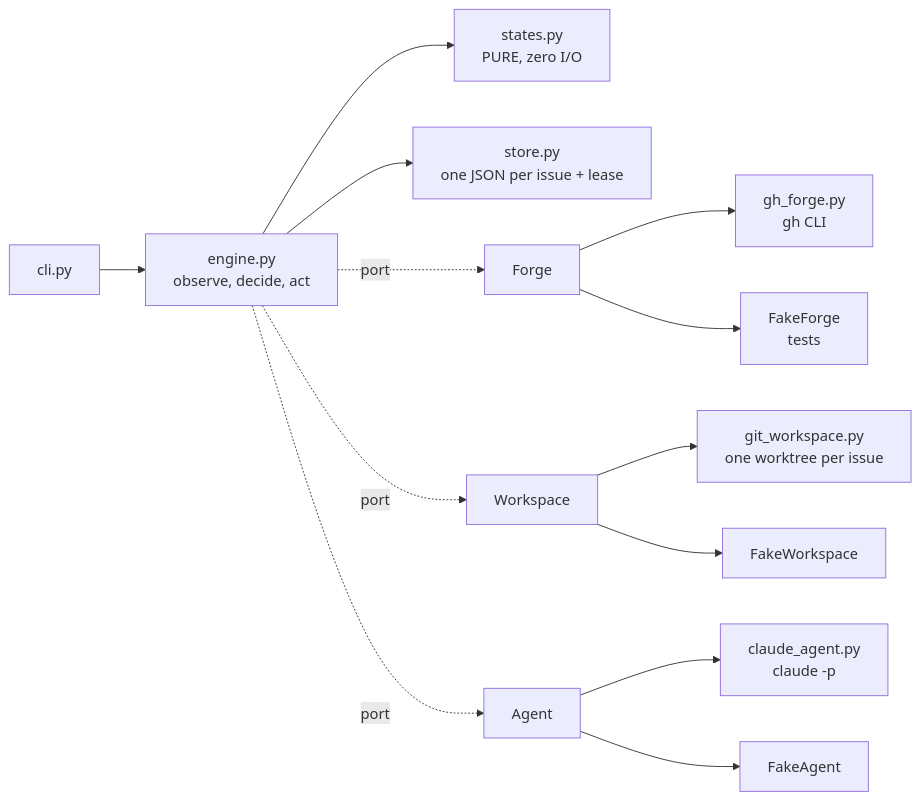
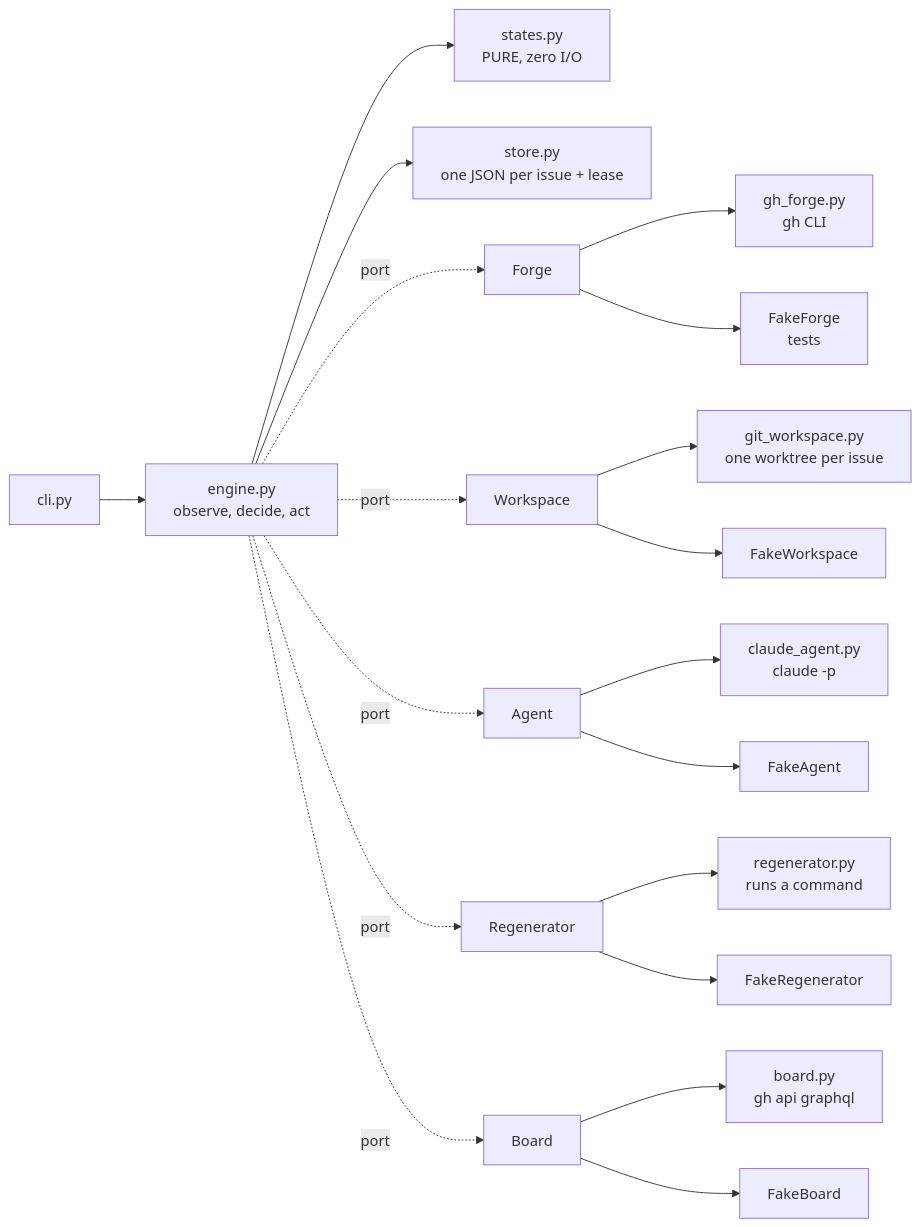
Before and after one commit to MasterLaplace/LplCraftSkills: the diagram in forgeron/docs/ARCHITECTURE.md, drawn with Mermaid. The commit also changed other lines of this file and 12 other files, not shown here.

````diff
--- a/forgeron/docs/ARCHITECTURE.md
+++ b/forgeron/docs/ARCHITECTURE.md
@@ -27,15 +27,21 @@
 ```mermaid
 graph LR
     CLI[cli.py] --> ENG[engine.py<br/>observe, decide, act]
     ENG --> ST[states.py<br/>PURE, zero I/O]
     ENG --> STORE[store.py<br/>one JSON per issue + lease]
     ENG -.port.-> F[Forge]
     ENG -.port.-> W[Workspace]
     ENG -.port.-> A[Agent]
+    ENG -.port.-> R[Regenerator]
+    ENG -.port.-> B[Board]
     F --> GH[gh_forge.py<br/>gh CLI]
     F --> FF[FakeForge<br/>tests]
     W --> GIT[git_workspace.py<br/>one worktree per issue]
     W --> FW[FakeWorkspace]
     A --> CL[claude_agent.py<br/>claude -p]
     A --> FA[FakeAgent]
+    R --> SR[regenerator.py<br/>runs a command]
+    R --> FR[FakeRegenerator]
+    B --> GB[board.py<br/>gh api graphql]
+    B --> FB[FakeBoard]
 ```
````
